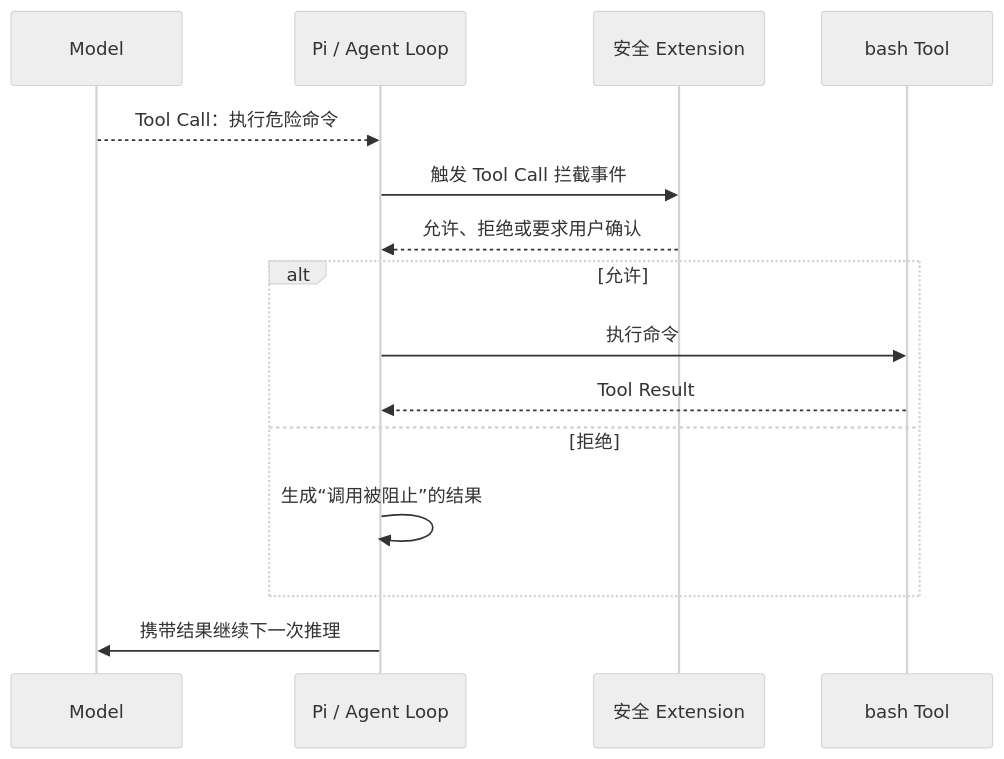
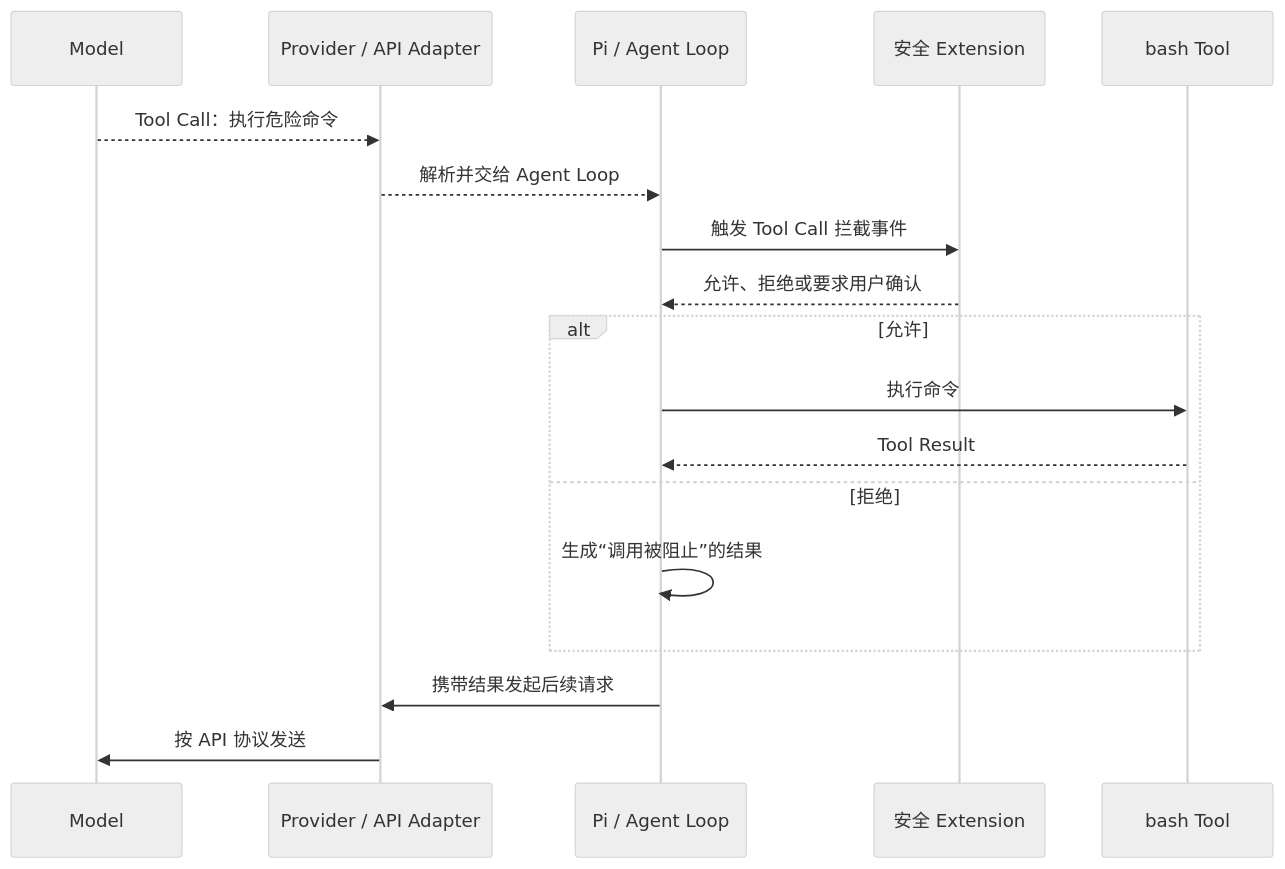
The second of 2 diagrams in docs/learning/06-extensions.md (small-xiexu/pi-study), drawn with Mermaid (neutral theme) before and after one commit. The commit also changed other lines of this file and 10 other files, not shown here.

````diff
--- a/docs/learning/06-extensions.md
+++ b/docs/learning/06-extensions.md
@@ -112,18 +95,21 @@
 ```mermaid
 sequenceDiagram
     participant M as Model
+    participant A as Provider / API Adapter
     participant P as Pi / Agent Loop
     participant E as 安全 Extension
     participant T as bash Tool
 
-    M-->>P: Tool Call：执行危险命令
+    M-->>A: Tool Call：执行危险命令
+    A-->>P: 解析并交给 Agent Loop
     P->>E: 触发 Tool Call 拦截事件
     E-->>P: 允许、拒绝或要求用户确认
     alt 允许
         P->>T: 执行命令
         T-->>P: Tool Result
     else 拒绝
         P->>P: 生成“调用被阻止”的结果
     end
-    P->>M: 携带结果继续下一次推理
+    P->>A: 携带结果发起后续请求
+    A->>M: 按 API 协议发送
 ```
````
